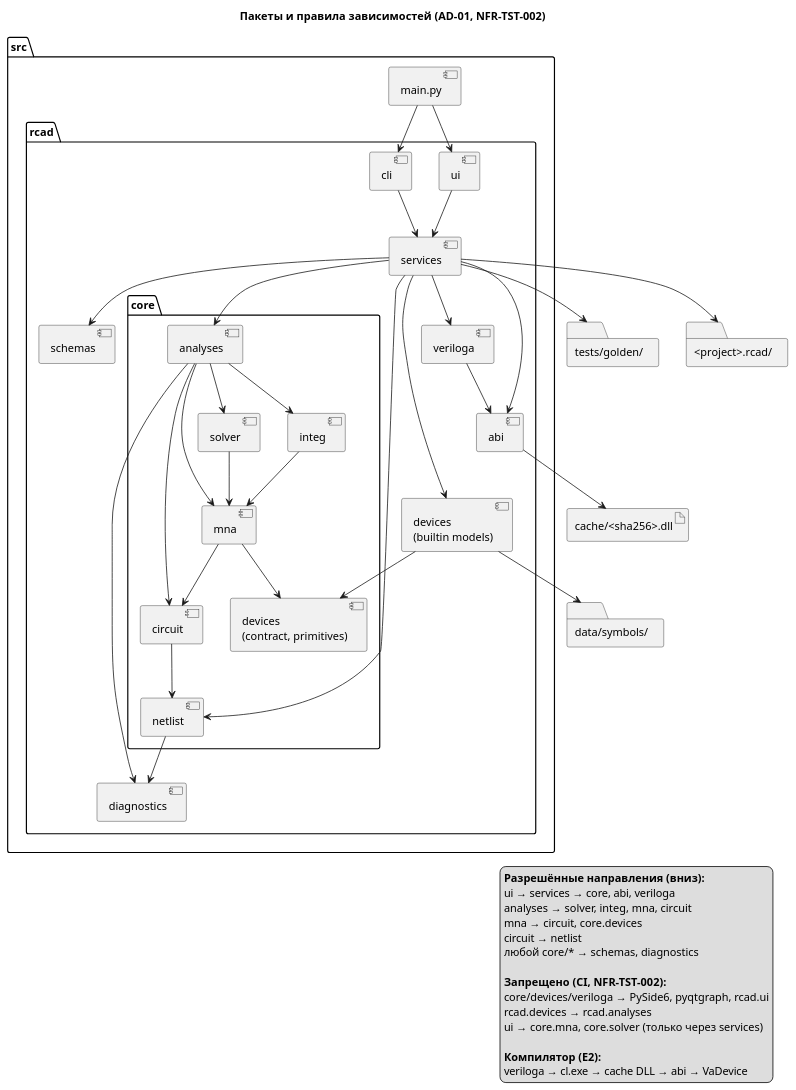
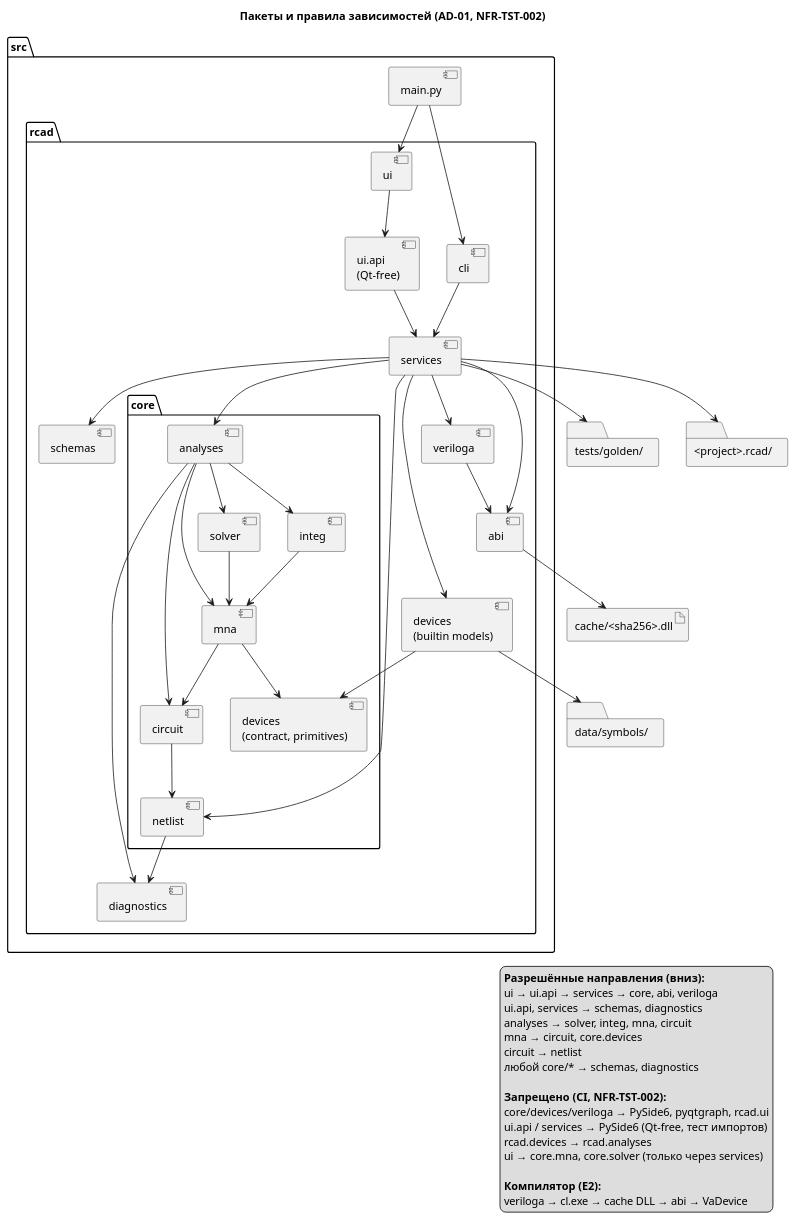
Before and after one commit to andrejstrogonov/RuCadVirtuoso: the diagram in archicture/diagrams/release/07_packages.puml, drawn with PlantUML. The commit also changed 74 other files, not shown here.

Commit message:
Added and refactored architecture

```diff
--- a/archicture/diagrams/release/07_packages.puml
+++ b/archicture/diagrams/release/07_packages.puml
@@ -1,81 +1,85 @@
 @startuml packages
 title Пакеты и правила зависимостей (AD-01, NFR-TST-002)
 
 package "src" {
   package "rcad" {
     component [schemas] as SCHEMAS
     component [diagnostics] as DIAG
 
     package "core" {
       component [netlist] as NETLIST
       component [circuit] as CIRCUIT
       component [mna] as MNA
       component [solver] as SOLVER
       component [integ] as INTEG
       component [analyses] as ANALYSES
       component [devices\n(contract, primitives)] as COREDEV
     }
 
     component [devices\n(builtin models)] as DEV
     component [veriloga] as VA
     component [abi] as ABI
     component [services] as SVC
     component [ui] as UI
+    component [ui.api\n(Qt-free)] as UIAPI
     component [cli] as CLI
   }
   component [main.py] as MAIN
 }
 
 folder "data/symbols/" as SYM
 folder "tests/golden/" as GOLD
 folder "<project>.rcad/" as PROJ
 artifact "cache/<sha256>.dll" as DLL
 
 MAIN --> UI
 MAIN --> CLI
-UI --> SVC
+UI --> UIAPI
+UIAPI --> SVC
 CLI --> SVC
 
 SVC --> ANALYSES
 SVC --> NETLIST
 SVC --> SCHEMAS
 SVC --> DEV
 SVC --> VA
 SVC --> ABI
 SVC --> PROJ
 SVC --> GOLD
 
 ANALYSES --> SOLVER
 ANALYSES --> INTEG
 ANALYSES --> MNA
 ANALYSES --> CIRCUIT
 ANALYSES --> DIAG
 MNA --> CIRCUIT
 MNA --> COREDEV
 SOLVER --> MNA
 INTEG --> MNA
 CIRCUIT --> NETLIST
 NETLIST --> DIAG
 VA --> ABI
 DEV --> COREDEV
 DEV --> SYM
 ABI --> DLL
 
 legend right
   **Разрешённые направления (вниз):**
-  ui → services → core, abi, veriloga
+  ui → ui.api → services → core, abi, veriloga
+  ui.api, services → schemas, diagnostics
   analyses → solver, integ, mna, circuit
   mna → circuit, core.devices
   circuit → netlist
   любой core/* → schemas, diagnostics
 
   **Запрещено (CI, NFR-TST-002):**
   core/devices/veriloga → PySide6, pyqtgraph, rcad.ui
+  ui.api / services → PySide6 (Qt-free, тест импортов)
   rcad.devices → rcad.analyses
   ui → core.mna, core.solver (только через services)
 
   **Компилятор (E2):**
   veriloga → cl.exe → cache DLL → abi → VaDevice
 end legend
 
 @enduml
```
